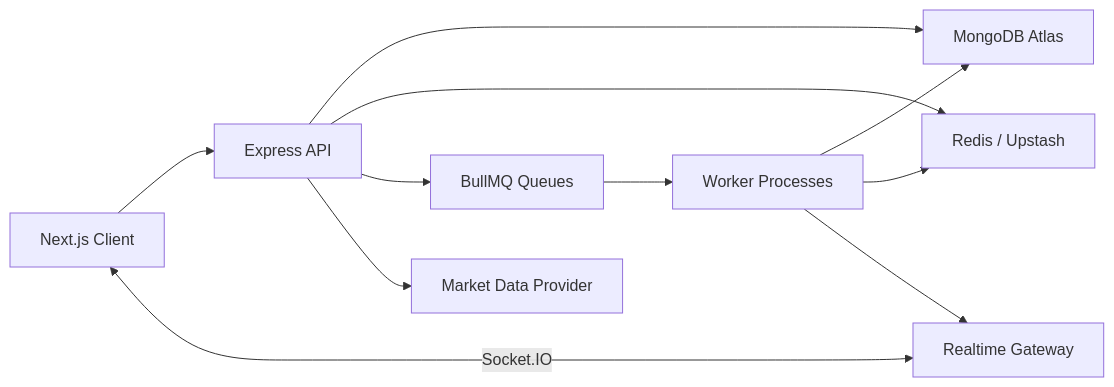
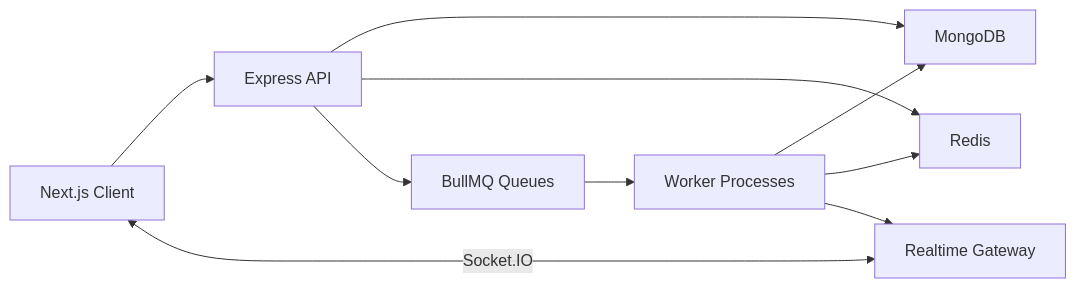
Before and after one commit to SriHarshaRajuY/RiskLens: the first of 2 diagrams in README.md, drawn with Mermaid. The commit also changed other lines of this file and 29 other files, not shown here.

````diff
--- a/README.md
+++ b/README.md
@@ -194,13 +159,12 @@
 ```mermaid
 flowchart LR
   Client["Next.js Client"] --> API["Express API"]
-  Client <-->|"Socket.IO"| Socket["Realtime Gateway"]
-  API --> Mongo["MongoDB Atlas"]
-  API --> Redis["Redis / Upstash"]
+  Client <-->|Socket.IO| Realtime["Realtime Gateway"]
+  API --> Mongo["MongoDB"]
+  API --> Redis["Redis"]
   API --> Queues["BullMQ Queues"]
   Queues --> Workers["Worker Processes"]
   Workers --> Mongo
   Workers --> Redis
-  Workers --> Socket
-  API --> Market["Market Data Provider"]
+  Workers --> Realtime
 ```
````
